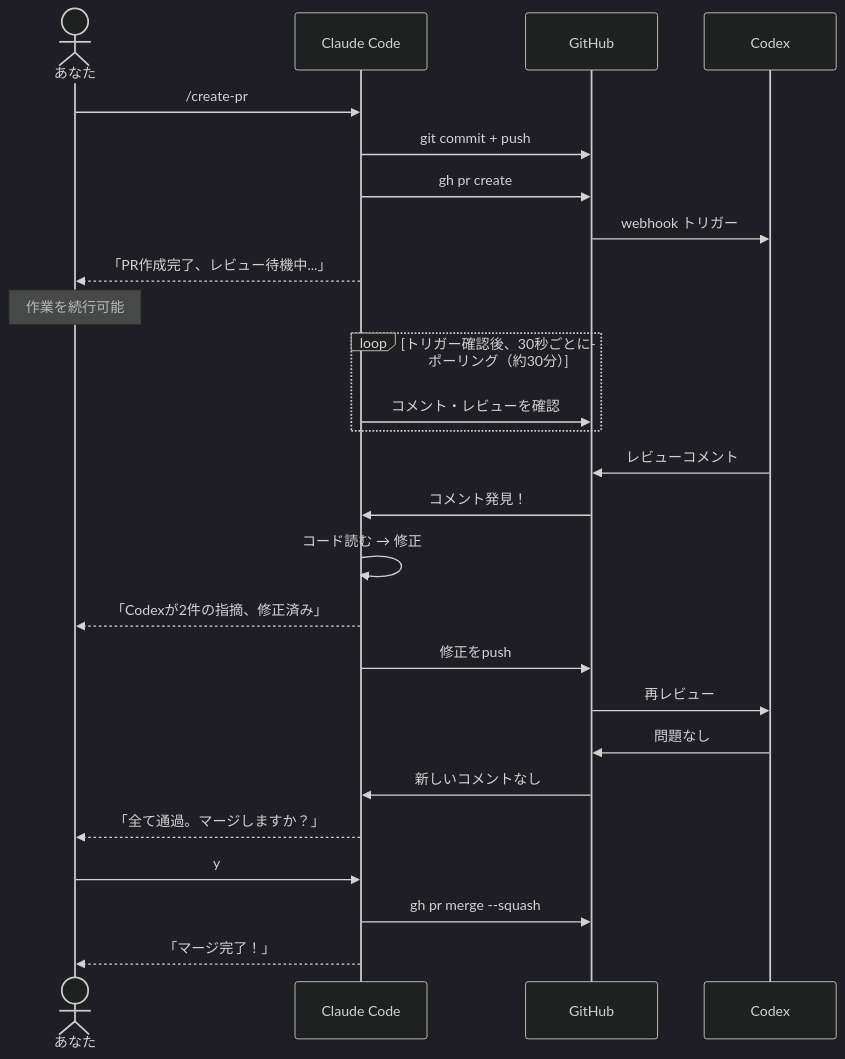
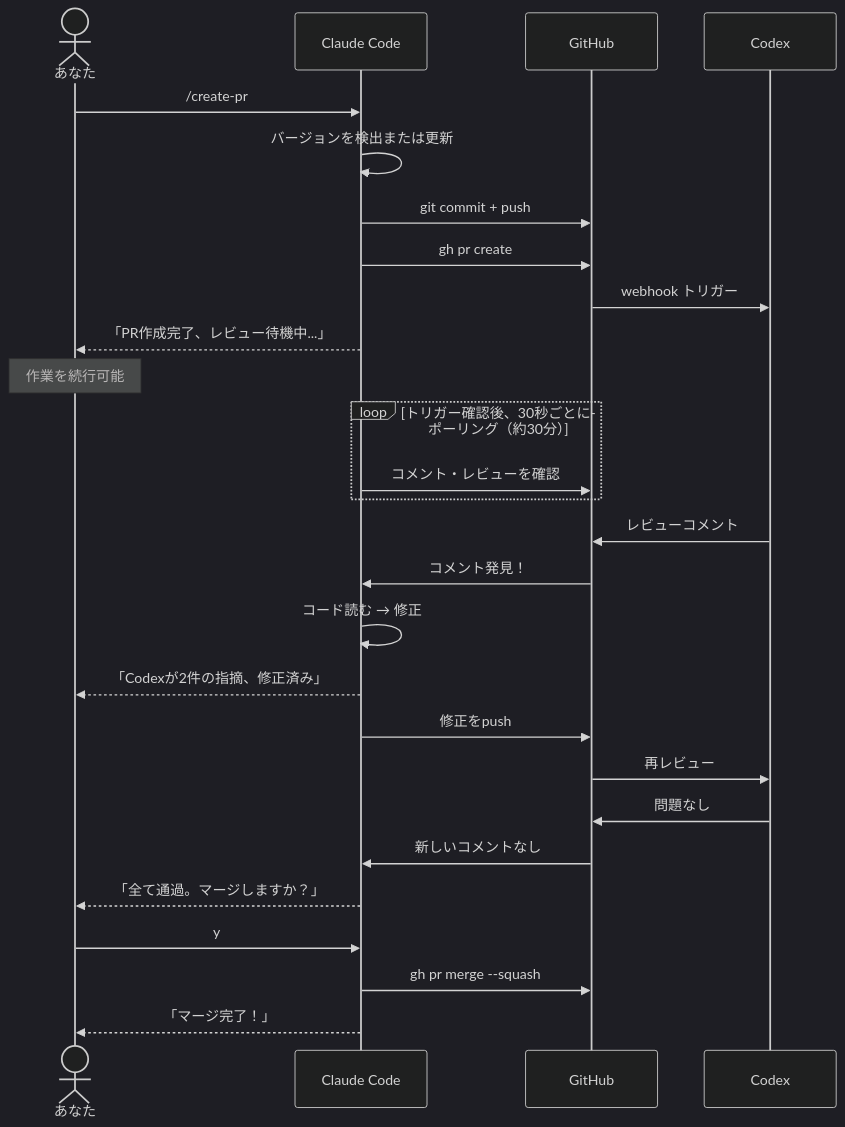
The first of 2 diagrams in README.ja.md (zytakeshi/create-pr-codex-review), drawn with Mermaid (dark theme) before and after one commit. The commit also changed other lines of this file and 2 other files, not shown here.

````diff
--- a/README.ja.md
+++ b/README.ja.md
@@ -41,34 +43,35 @@
 ```mermaid
 sequenceDiagram
     actor You as あなた
     participant Claude as Claude Code
     participant GH as GitHub
     participant Codex as Codex
 
     You->>Claude: /create-pr
+    Claude->>Claude: バージョンを検出または更新
     Claude->>GH: git commit + push
     Claude->>GH: gh pr create
     GH->>Codex: webhook トリガー
     Claude-->>You: 「PR作成完了、レビュー待機中...」
 
     Note over You: 作業を続行可能
 
     loop トリガー確認後、30秒ごとにポーリング（約30分）
         Claude->>GH: コメント・レビューを確認
     end
 
     Codex->>GH: レビューコメント
     GH->>Claude: コメント発見！
     Claude->>Claude: コード読む → 修正
     Claude-->>You: 「Codexが2件の指摘、修正済み」
     Claude->>GH: 修正をpush
 
     GH->>Codex: 再レビュー
     Codex->>GH: 問題なし
     GH->>Claude: 新しいコメントなし
 
     Claude-->>You: 「全て通過。マージしますか？」
     You->>Claude: y
     Claude->>GH: gh pr merge --squash
     Claude-->>You: 「マージ完了！」
 ```
````
